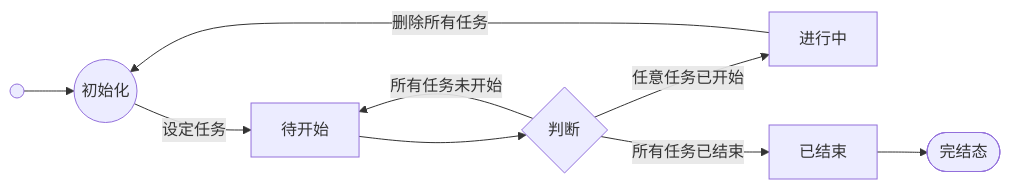
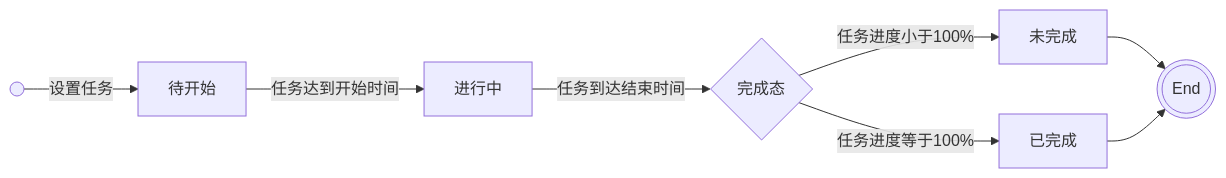
The second of 6 diagrams in docs/program/weapp-connor.md (Junlin-Robin/wz_study), drawn with Mermaid before and after one commit. The commit also changed other lines of this file, not shown here.

````diff
--- a/docs/program/weapp-connor.md
+++ b/docs/program/weapp-connor.md
@@ -76,10 +93,12 @@
 ```mermaid
 graph LR
-A@{ shape: sm-circ, label: "Small start" }
-A --> a((初始化)) --设定任务--> b[待开始] --> c{判断}
-c --任意任务已开始--> d[进行中]
-c --所有任务未开始--> b
-d --删除所有任务--> a
-c --所有任务已结束--> e[已结束]
-e --> E([完结态])
+A@{ shape: sm-circ, label: "Start" }
+E@{ shape: dbl-circ, label: "End" }
+A --> |设置任务| a[待开始]
+a --> |任务达到开始时间| b[进行中]
+b --> |任务到达结束时间| c{完成态}
+c --> |任务进度小于100%| d[未完成]
+c --> |任务进度等于100%| e[已完成]
+d --> E
+e --> E
 ```
````
